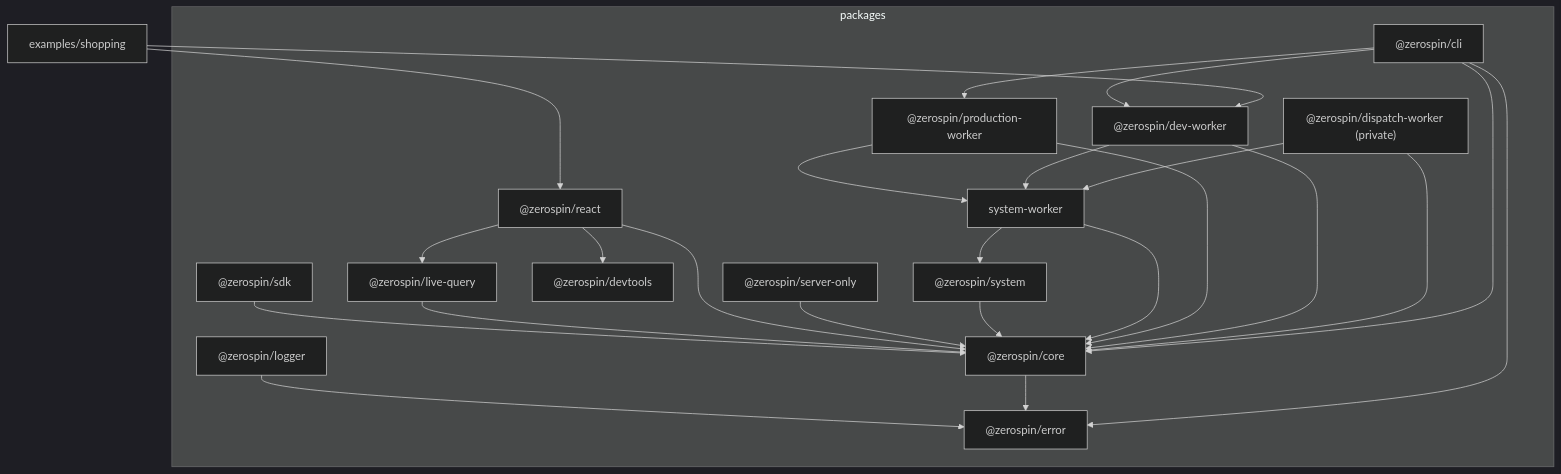
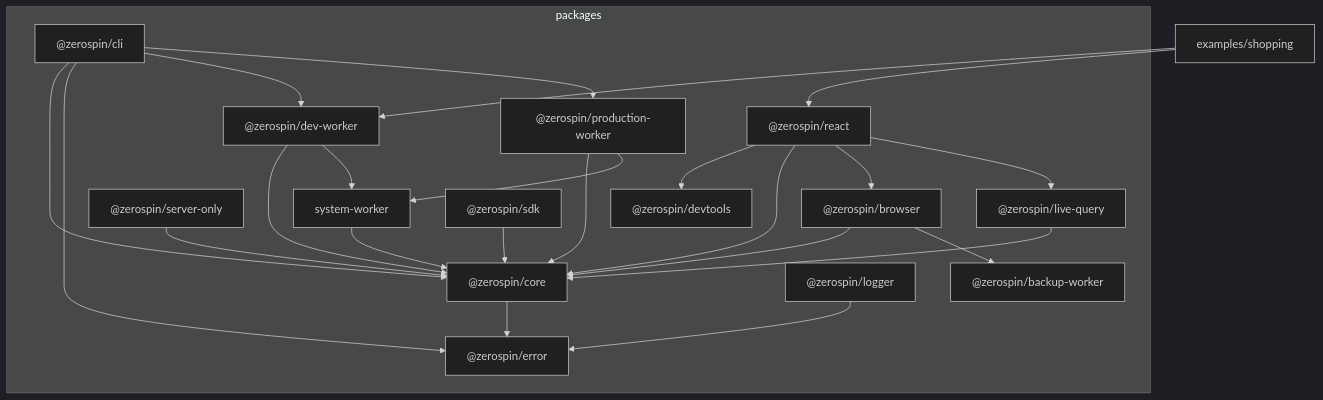
Before and after one commit to morgs32/qrk.sh: the diagram in README.md, drawn with Mermaid (dark theme). The commit also changed other lines of this file and 286 other files, not shown here.

````diff
--- a/README.md
+++ b/README.md
@@ -23,46 +23,45 @@
 ```mermaid
 flowchart TD
   subgraph packagesLayer["packages"]
     errorPkg["@zerospin/error"]
     corePkg["@zerospin/core"]
-    systemPkg["@zerospin/system"]
+    browserPkg["@zerospin/browser"]
+    backupWorkerPkg["@zerospin/backup-worker"]
     systemWorkerPkg["system-worker"]
     devWorkerPkg["@zerospin/dev-worker"]
     productionWorkerPkg["@zerospin/production-worker"]
-    dispatchWorkerPkg["@zerospin/dispatch-worker (private)"]
     loggerPkg["@zerospin/logger"]
     serverOnlyPkg["@zerospin/server-only"]
     devtoolsPkg["@zerospin/devtools"]
     liveQueryPkg["@zerospin/live-query"]
     cliPkg["@zerospin/cli"]
     reactPkg["@zerospin/react"]
     sdkPkg["@zerospin/sdk"]
   end
 
   shopping["examples/shopping"]
 
   shopping --> devWorkerPkg
   shopping --> reactPkg
 
   cliPkg --> corePkg
   cliPkg --> errorPkg
   corePkg --> errorPkg
   cliPkg --> devWorkerPkg
   cliPkg --> productionWorkerPkg
-  dispatchWorkerPkg --> systemWorkerPkg
-  dispatchWorkerPkg --> corePkg
   devWorkerPkg --> corePkg
   devWorkerPkg --> systemWorkerPkg
   productionWorkerPkg --> corePkg
   productionWorkerPkg --> systemWorkerPkg
-  systemWorkerPkg --> systemPkg
   systemWorkerPkg --> corePkg
-  systemPkg --> corePkg
+  browserPkg --> corePkg
+  browserPkg --> backupWorkerPkg
   loggerPkg --> errorPkg
   serverOnlyPkg --> corePkg
   reactPkg --> devtoolsPkg
   reactPkg --> corePkg
+  reactPkg --> browserPkg
   reactPkg --> liveQueryPkg
   liveQueryPkg --> corePkg
   sdkPkg --> corePkg
 ```
````
